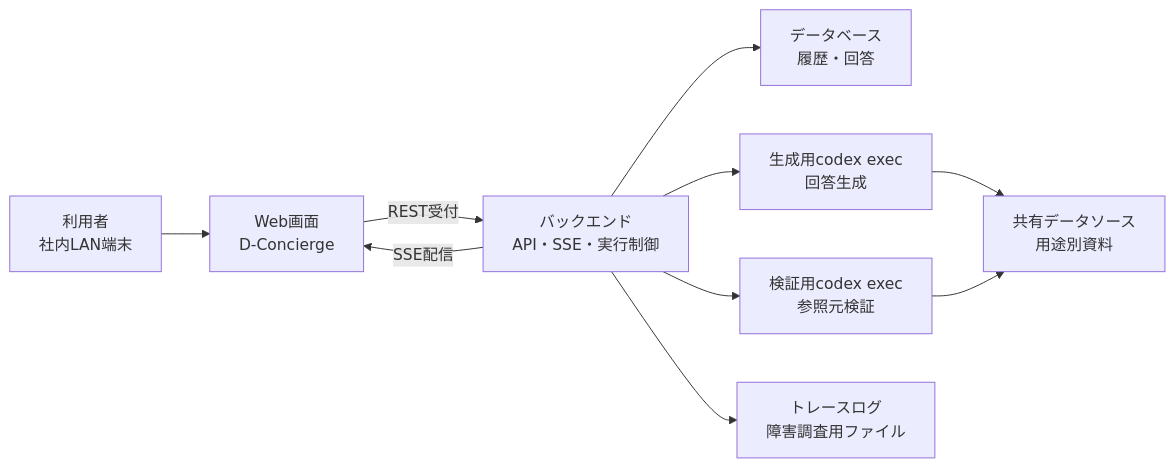
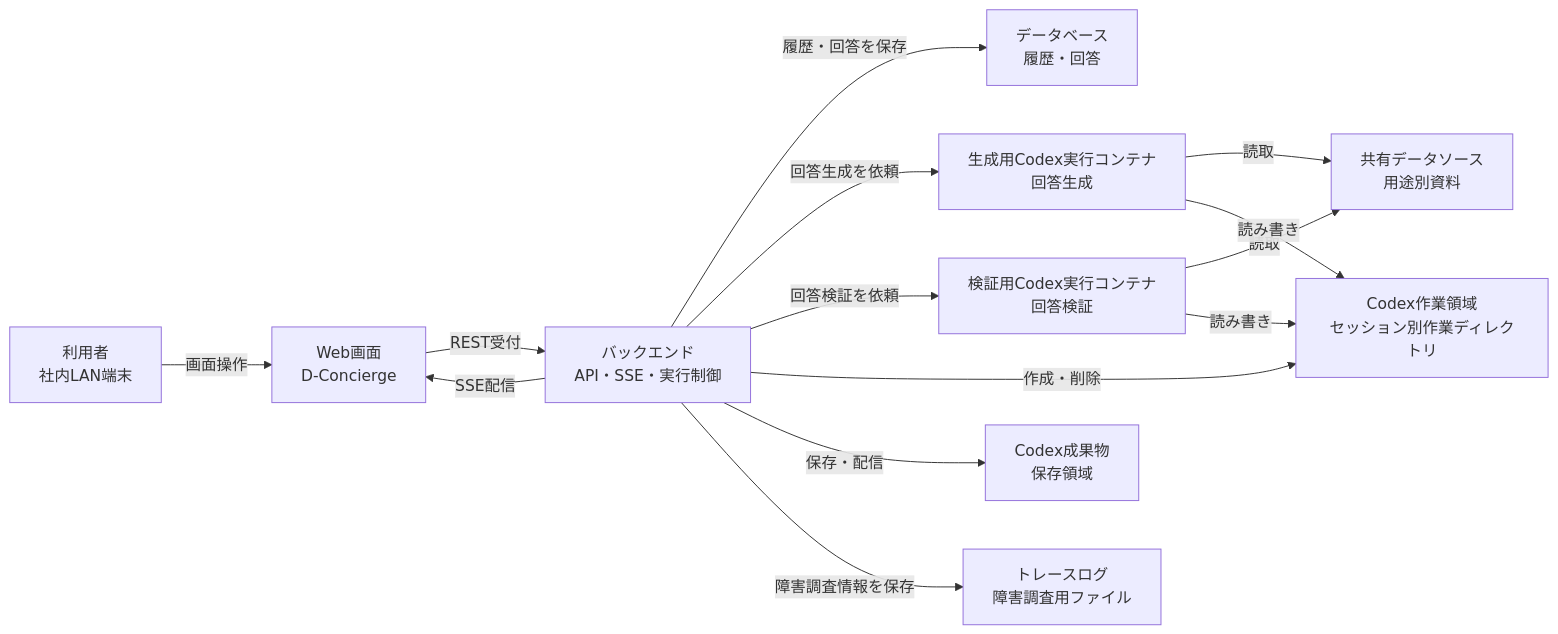
The diagram in docs/02_外部設計/01_システム構成/システム概要.md (mincsys/D-Concierge), drawn with Mermaid before and after one commit. The commit also changed other lines of this file and 136 other files, not shown here.

````diff
--- a/docs/02_外部設計/01_システム構成/システム概要.md
+++ b/docs/02_外部設計/01_システム構成/システム概要.md
@@ -22,21 +22,27 @@
 ```mermaid
 flowchart LR
     user["利用者<br>社内LAN端末"]
     browser["Web画面<br>D-Concierge"]
     backend["バックエンド<br>API・SSE・実行制御"]
     db["データベース<br>履歴・回答"]
-    codexGen["生成用codex exec<br>回答生成"]
-    codexVal["検証用codex exec<br>参照元検証"]
+    codexGen["生成用Codex実行コンテナ<br>回答生成"]
+    codexVal["検証用Codex実行コンテナ<br>回答検証"]
     source["共有データソース<br>用途別資料"]
+    workdir["Codex作業領域<br>セッション別作業ディレクトリ"]
+    artifacts["Codex成果物<br>保存領域"]
     trace["トレースログ<br>障害調査用ファイル"]
 
-    user --> browser
+    user -->|画面操作| browser
     browser -->|REST受付| backend
     backend -->|SSE配信| browser
-    backend --> db
-    backend --> codexGen
-    backend --> codexVal
-    codexGen --> source
-    codexVal --> source
-    backend --> trace
+    backend -->|履歴・回答を保存| db
+    backend -->|回答生成を依頼| codexGen
+    backend -->|回答検証を依頼| codexVal
+    backend -->|作成・削除| workdir
+    codexGen -->|読取| source
+    codexVal -->|読取| source
+    codexGen -->|読み書き| workdir
+    codexVal -->|読み書き| workdir
+    backend -->|保存・配信| artifacts
+    backend -->|障害調査情報を保存| trace
 ```
````
